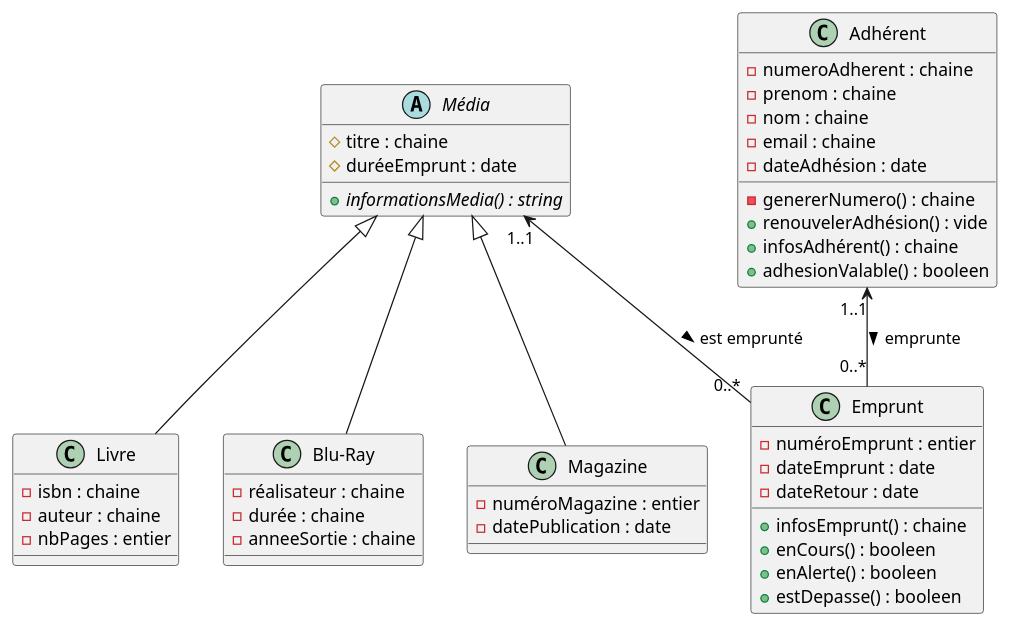
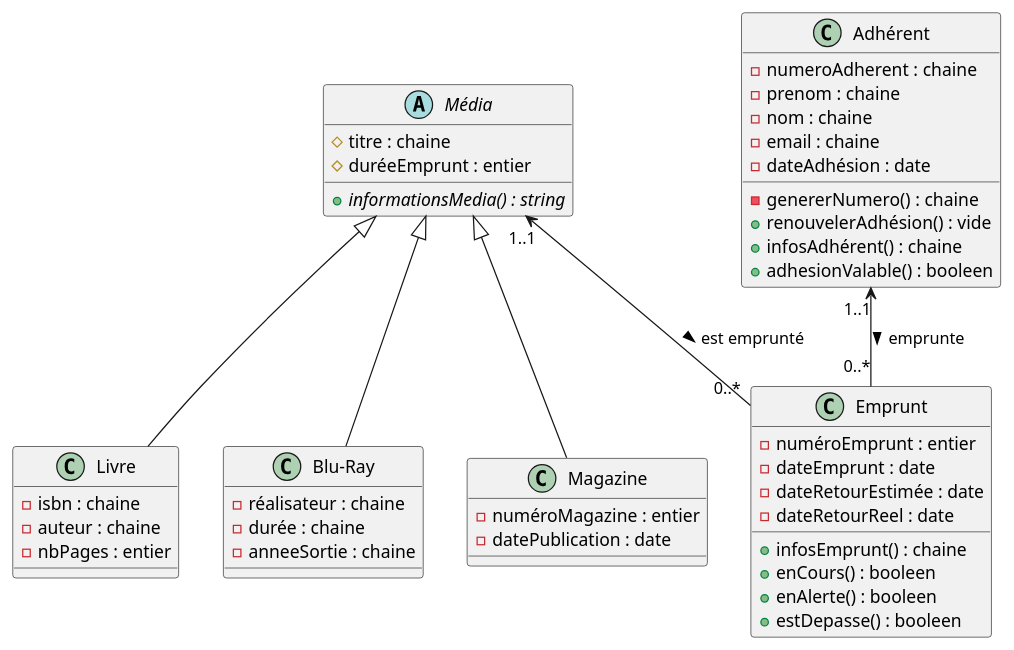
One commit to thogio8/php-bibliotheque changed the diagram in documentation/diagrammeDeClasse.puml. Above: the diagram before and after it, drawn with PlantUML. The commit also changed 3 other files, not shown here.

```diff
--- a/documentation/diagrammeDeClasse.puml
+++ b/documentation/diagrammeDeClasse.puml
@@ -1,55 +1,56 @@
 @startuml
 
 abstract class "Média" as M{
     # titre : chaine
-    # duréeEmprunt : date
+    # duréeEmprunt : entier
     + {abstract} informationsMedia() : string
 }
 
 class "Livre" as L{
     - isbn : chaine
     - auteur : chaine
     - nbPages : entier
 }
 
 class "Blu-Ray" as BR{
     - réalisateur : chaine
     - durée : chaine
     - anneeSortie : chaine
 }
 
 class "Magazine" as Ma{
     - numéroMagazine : entier
     - datePublication : date
 }
 
 class "Adhérent" as A{
     - numeroAdherent : chaine
     - prenom : chaine
     - nom : chaine
     - email : chaine
     - dateAdhésion : date
     - genererNumero() : chaine
     + renouvelerAdhésion() : vide
     + infosAdhérent() : chaine
     + adhesionValable() : booleen
 }
 
 class "Emprunt" as E{
     - numéroEmprunt : entier
     - dateEmprunt : date
-    - dateRetour : date
+    - dateRetourEstimée : date
+    - dateRetourReel : date
     + infosEmprunt() : chaine
     + enCours() : booleen
     + enAlerte() : booleen
     + estDepasse() : booleen
 }
 
 M <|-- L
 M <|-- BR
 M <|-- Ma
 M "1..1" <-- "              0..*"E : est emprunté >
 A "1..1" <-- "0..*"E : emprunte >
 
 
 @enduml
```
